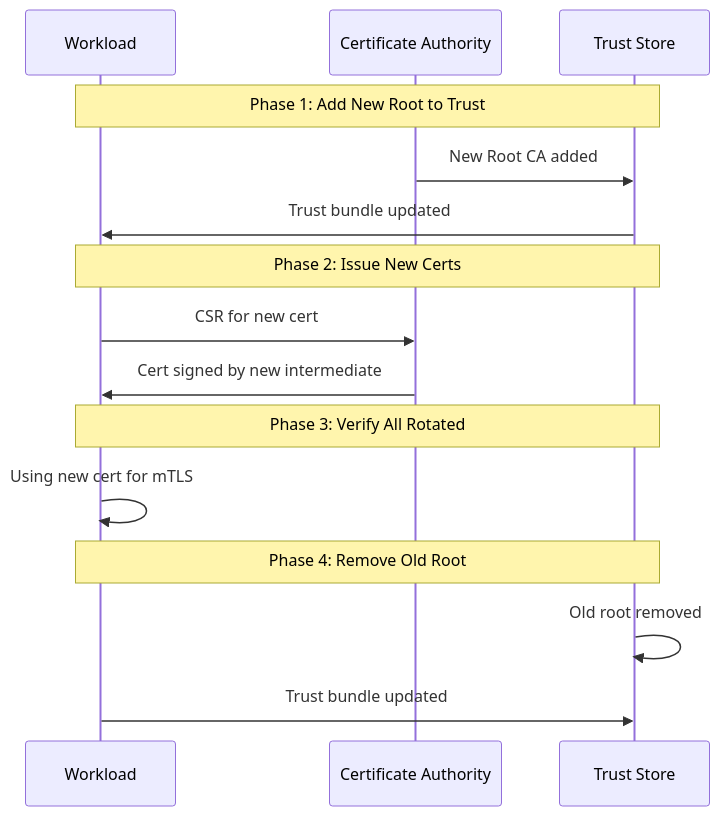
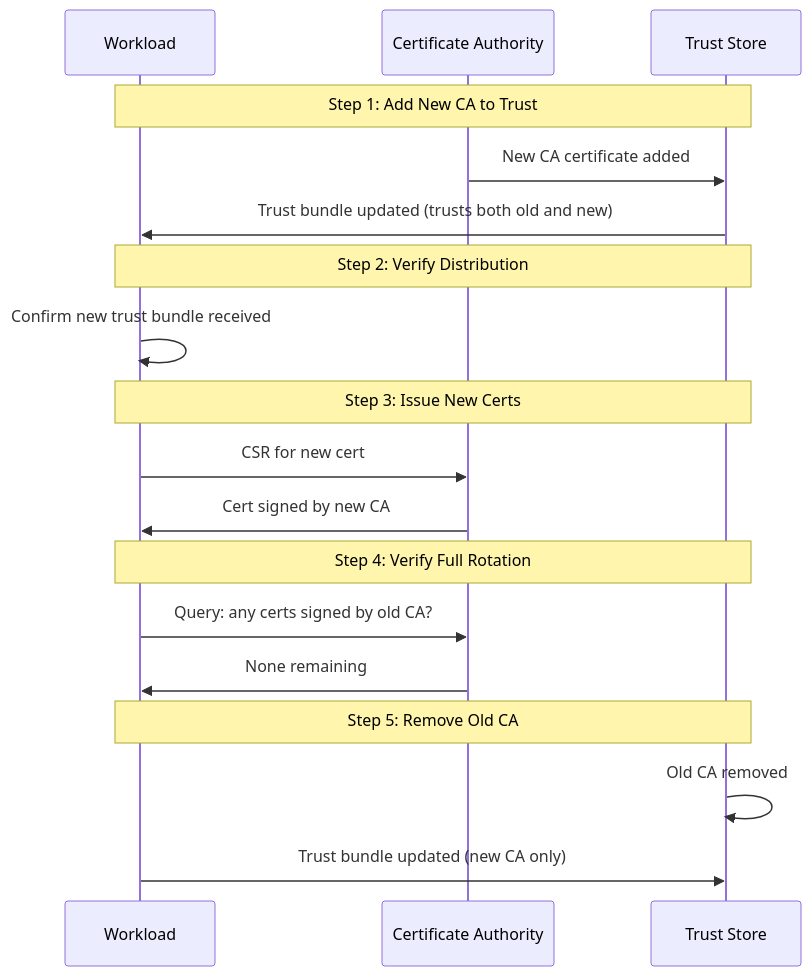
Before and after one commit to webstackdev/astro.webstackbuilders.com: the diagram in src/content/articles/mtls-certificate-rotation-service-mesh-authentication/index.mdx, drawn with Mermaid. The commit also changed other lines of this file and 19 other files, not shown here.

Commit message:
Add mtls-certificate-rotation-service-mesh-authentication article

````diff
--- a/src/content/articles/mtls-certificate-rotation-service-mesh-authentication/index.mdx
+++ b/src/content/articles/mtls-certificate-rotation-service-mesh-authentication/index.mdx
@@ -512,21 +66,25 @@
 ```mermaid
 sequenceDiagram
     participant W as Workload
     participant CA as Certificate Authority
     participant TS as Trust Store
 
-    Note over W,TS: Phase 1: Add New Root to Trust
-    CA->>TS: New Root CA added
-    TS->>W: Trust bundle updated
+    Note over W,TS: Step 1: Add New CA to Trust
+    CA->>TS: New CA certificate added
+    TS->>W: Trust bundle updated (trusts both old and new)
 
-    Note over W,TS: Phase 2: Issue New Certs
+    Note over W,TS: Step 2: Verify Distribution
+    W->>W: Confirm new trust bundle received
+
+    Note over W,TS: Step 3: Issue New Certs
     W->>CA: CSR for new cert
-    CA->>W: Cert signed by new intermediate
+    CA->>W: Cert signed by new CA
 
-    Note over W,TS: Phase 3: Verify All Rotated
-    W->>W: Using new cert for mTLS
+    Note over W,TS: Step 4: Verify Full Rotation
+    W->>CA: Query: any certs signed by old CA?
+    CA->>W: None remaining
 
-    Note over W,TS: Phase 4: Remove Old Root
-    TS->>TS: Old root removed
-    W->>TS: Trust bundle updated
+    Note over W,TS: Step 5: Remove Old CA
+    TS->>TS: Old CA removed
+    W->>TS: Trust bundle updated (new CA only)
 ```
````
